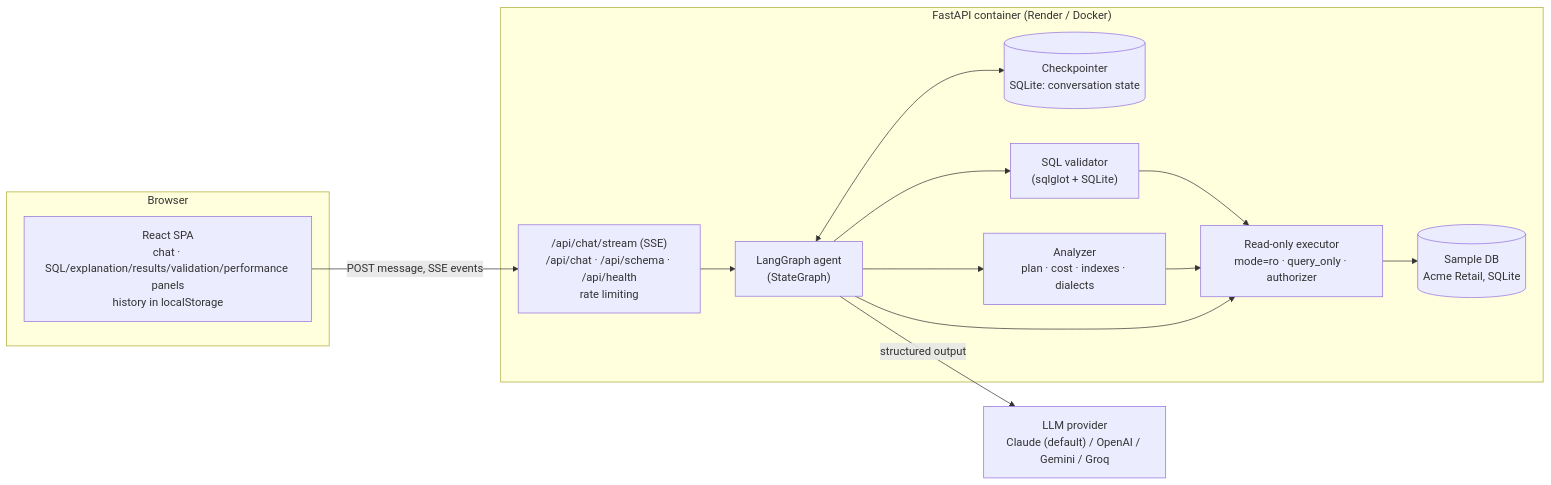
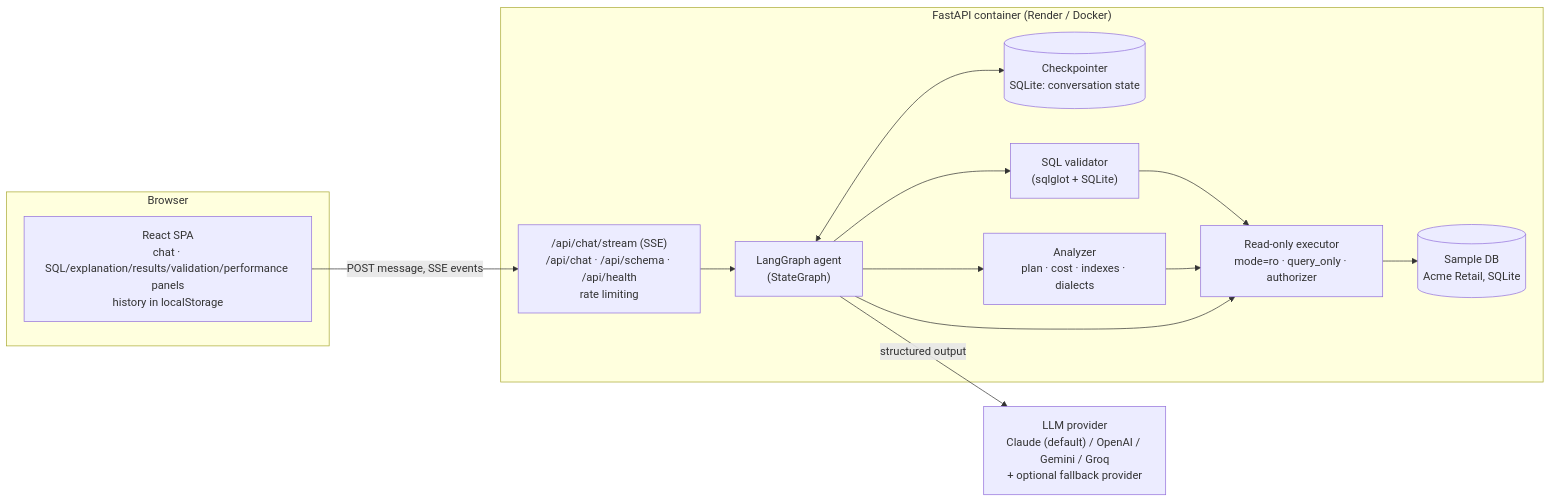
The first of 2 diagrams in README.md (Ayushsaini076/sql-query-agent), drawn with Mermaid before and after one commit. The commit also changed other lines of this file and 2 other files, not shown here.

Commit message:
Update docs for new providers, fallback, panels and Render deployment

````diff
--- a/README.md
+++ b/README.md
@@ -37,23 +37,23 @@
 ```mermaid
 flowchart LR
     subgraph Browser
         UI["React SPA<br/>chat · SQL/explanation/results/validation/performance panels<br/>history in localStorage"]
     end
     subgraph Server["FastAPI container (Render / Docker)"]
         API["/api/chat/stream (SSE)<br/>/api/chat · /api/schema · /api/health<br/>rate limiting"]
         G["LangGraph agent<br/>(StateGraph)"]
         CP[("Checkpointer<br/>SQLite: conversation state")]
         V["SQL validator<br/>(sqlglot + SQLite)"]
         A["Analyzer<br/>plan · cost · indexes · dialects"]
         X["Read-only executor<br/>mode=ro · query_only · authorizer"]
         DB[("Sample DB<br/>Acme Retail, SQLite")]
     end
-    LLM["LLM provider<br/>Claude (default) / OpenAI / Gemini / Groq"]
+    LLM["LLM provider<br/>Claude (default) / OpenAI / Gemini / Groq<br/>+ optional fallback provider"]
 
     UI -- "POST message, SSE events" --> API --> G
     G <--> CP
     G --> V --> X
     G --> A --> X
     G --> X --> DB
     G -- "structured output" --> LLM
 ```
````
